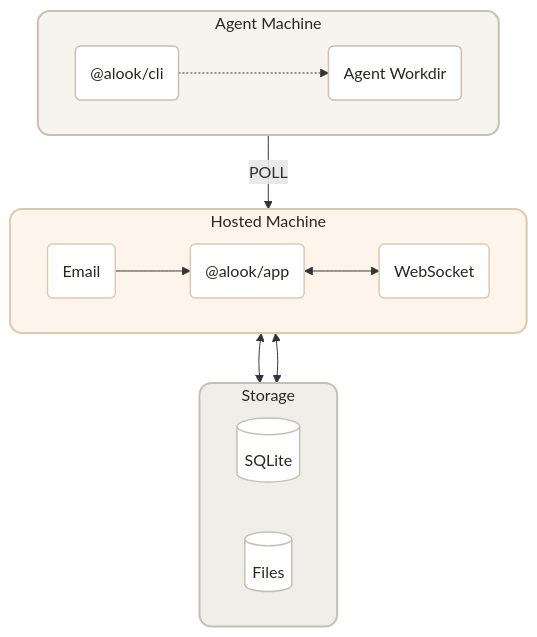
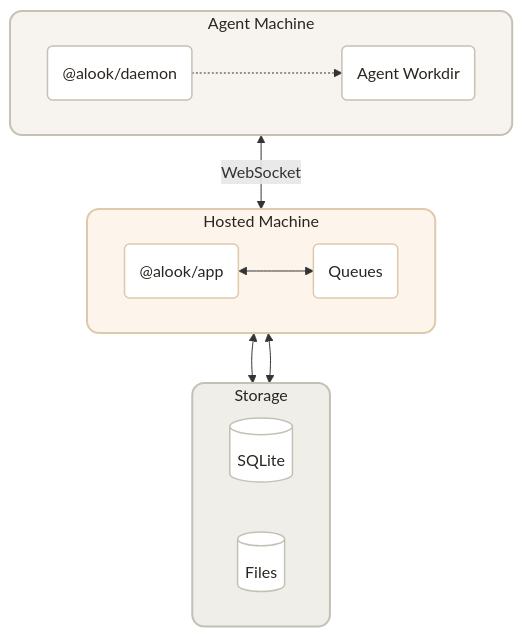
Before and after one commit to alookai/alook: the diagram in README.md, drawn with Mermaid. The commit also changed other lines of this file and 39 other files, not shown here.

````diff
--- a/README.md
+++ b/README.md
@@ -104,47 +93,44 @@
 ```mermaid
 %%{init: {'theme': 'base', 'themeVariables': {
   'primaryColor': '#FAF9F7',
   'primaryBorderColor': '#D4CFC9',
   'primaryTextColor': '#2A2520',
   'lineColor': '#9C8E82',
   'secondaryColor': '#F0EDE8',
   'tertiaryColor': '#E8E4DE',
 }}}%%
 
 flowchart TB
     subgraph client["  Agent Machine  "]
-        CLI("@alook/cli")
+        CLI("@alook/daemon")
         RT("Agent Workdir")
     end
 
     subgraph cloud["  Hosted Machine  "]
         WEB("@alook/app")
-        EML("Email")
-        WSK("WebSocket")
+        WSK("Queues")
     end
 
     subgraph store["  Storage  "]
         direction LR
         D1[("SQLite  ")]
         R2[("Files  ")]
     end
 
-    client -- "POLL" --> cloud
+    client <-->|WebSocket| cloud
     CLI -..-> RT
-    EML --> WEB
     WEB <--> WSK
     cloud <--> D1
     cloud <--> R2
 
     style client fill:#F7F3EE,stroke:#C9BFB3,stroke-width:2px,color:#2A2520,rx:12,ry:12
     style cloud fill:#FDF5EC,stroke:#DFC9AD,stroke-width:2px,color:#2A2520,rx:12,ry:12
     style store fill:#F0EEE9,stroke:#C4C0B5,stroke-width:2px,color:#2A2520,rx:12,ry:12
 
     style CLI fill:#fff,stroke:#C9BFB3,stroke-width:1.5px,color:#2A2520
     style RT fill:#fff,stroke:#C9BFB3,stroke-width:1.5px,color:#2A2520
     style WEB fill:#fff,stroke:#DFC9AD,stroke-width:1.5px,color:#2A2520
-    style EML fill:#fff,stroke:#DFC9AD,stroke-width:1.5px,color:#2A2520
     style WSK fill:#fff,stroke:#DFC9AD,stroke-width:1.5px,color:#2A2520
     style D1 fill:#fff,stroke:#C4C0B5,stroke-width:1.5px,color:#2A2520
     style R2 fill:#fff,stroke:#C4C0B5,stroke-width:1.5px,color:#2A2520
 ```
````
